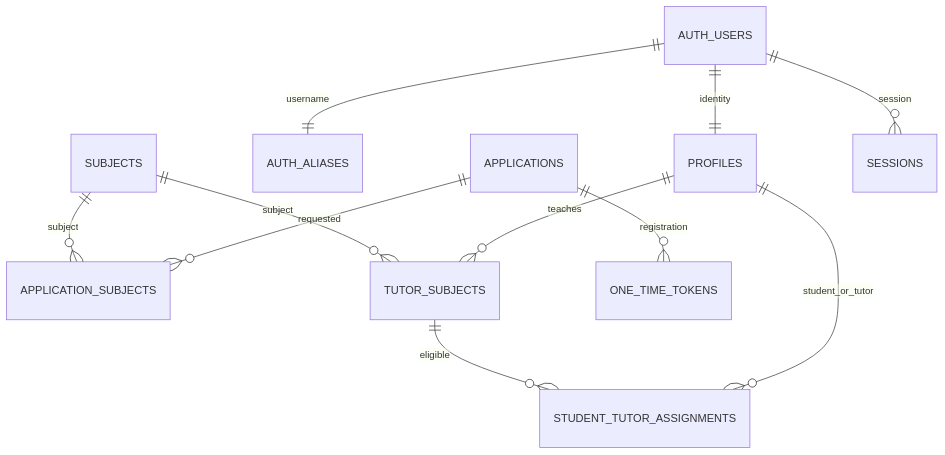
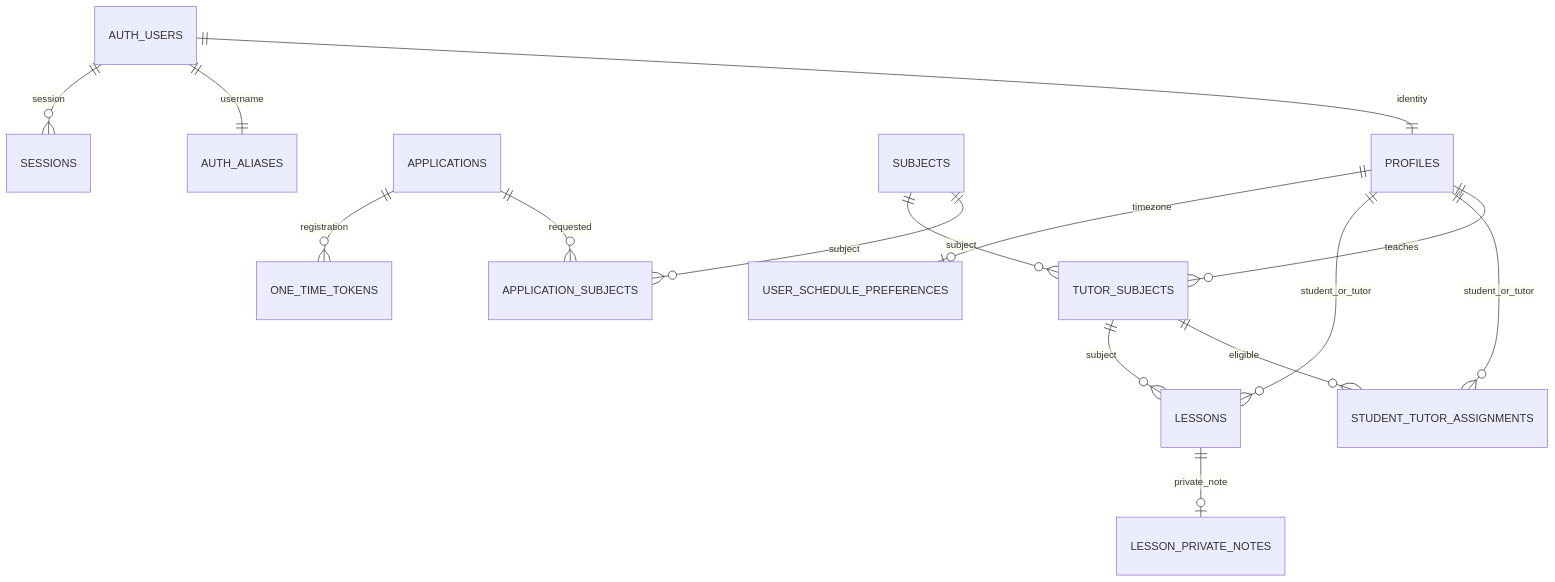
Before and after one commit to hytthynn/tutorgate-v2: the diagram in docs/database.md, drawn with Mermaid. The commit also changed other lines of this file and 33 other files, not shown here.

````diff
--- a/docs/database.md
+++ b/docs/database.md
@@ -5,13 +5,17 @@
 ```mermaid
 erDiagram
  AUTH_USERS ||--|| PROFILES : identity
  AUTH_USERS ||--|| AUTH_ALIASES : username
  APPLICATIONS ||--o{ APPLICATION_SUBJECTS : requested
  SUBJECTS ||--o{ APPLICATION_SUBJECTS : subject
  PROFILES ||--o{ TUTOR_SUBJECTS : teaches
  SUBJECTS ||--o{ TUTOR_SUBJECTS : subject
  PROFILES ||--o{ STUDENT_TUTOR_ASSIGNMENTS : student_or_tutor
  TUTOR_SUBJECTS ||--o{ STUDENT_TUTOR_ASSIGNMENTS : eligible
+ PROFILES ||--o{ LESSONS : student_or_tutor
+ TUTOR_SUBJECTS ||--o{ LESSONS : subject
+ LESSONS ||--o| LESSON_PRIVATE_NOTES : private_note
+ PROFILES ||--o| USER_SCHEDULE_PREFERENCES : timezone
  APPLICATIONS ||--o{ ONE_TIME_TOKENS : registration
  AUTH_USERS ||--o{ SESSIONS : session
 ```
````
